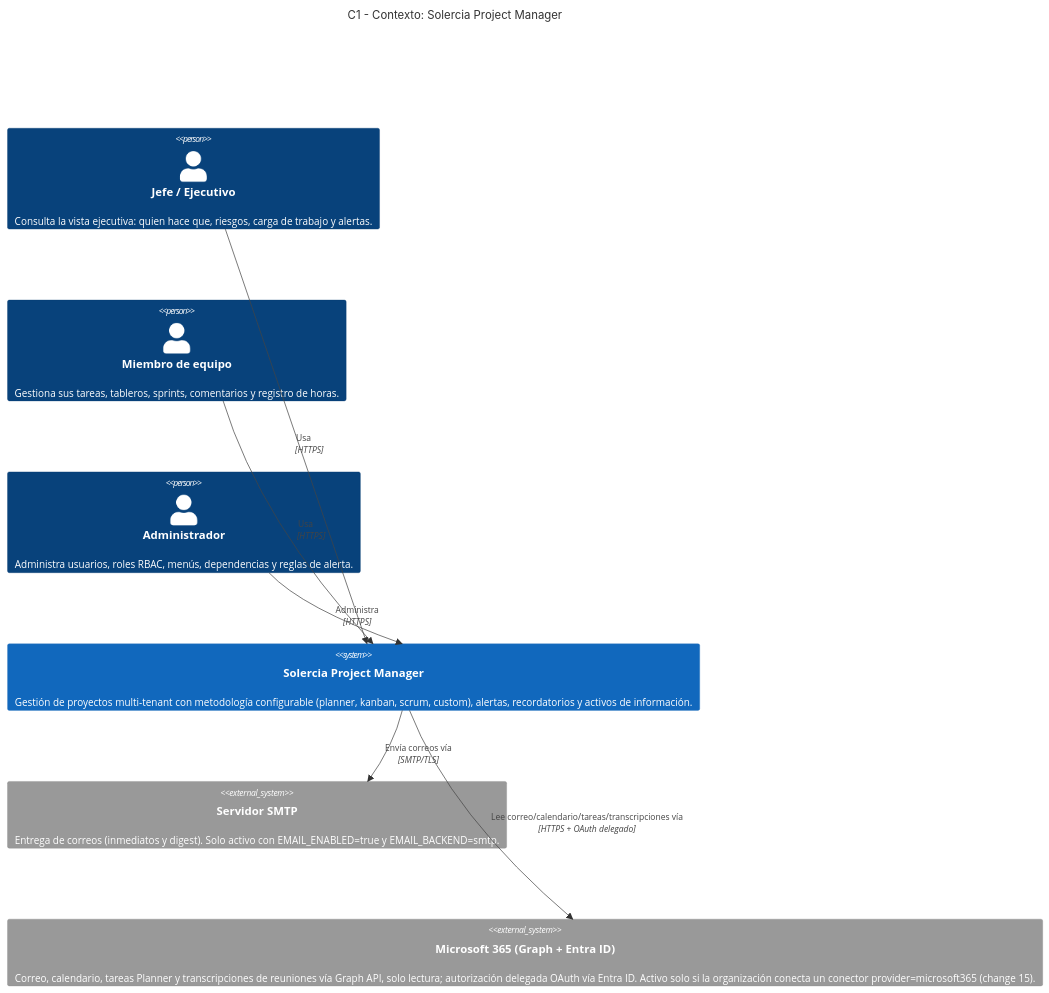
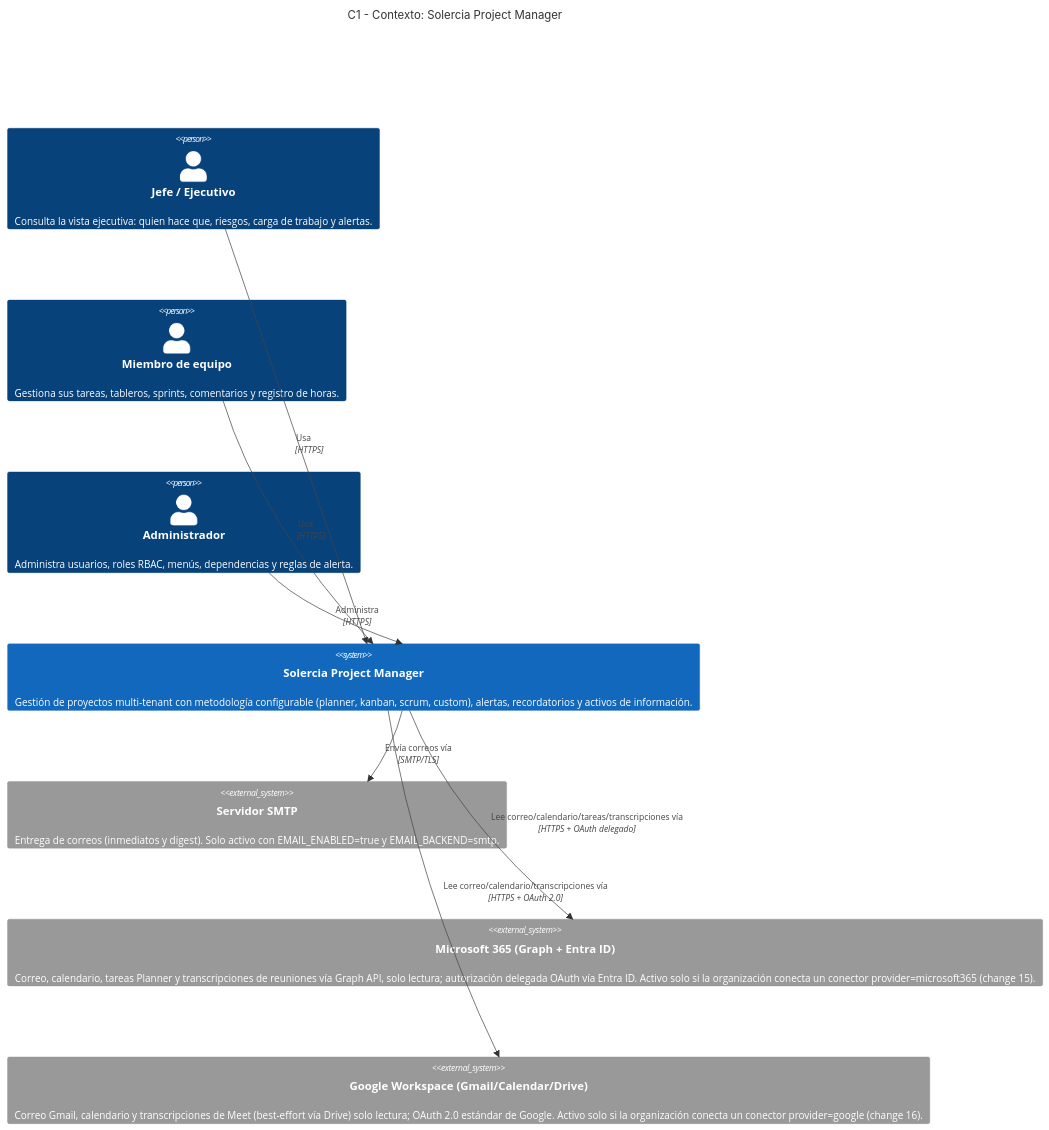
One commit to solercia-solutions/solercia-command changed the first of 3 diagrams in docs/diagrams/c4-architecture.md. Above: the diagram before and after it, drawn with Mermaid. The commit also changed other lines of this file and 5 other files, not shown here.

````diff
--- a/docs/diagrams/c4-architecture.md
+++ b/docs/diagrams/c4-architecture.md
@@ -26,19 +29,21 @@
 ```mermaid
 C4Context
     title C1 - Contexto: Solercia Project Manager
 
     Person(jefe, "Jefe / Ejecutivo", "Consulta la vista ejecutiva: quien hace que, riesgos, carga de trabajo y alertas.")
     Person(miembro, "Miembro de equipo", "Gestiona sus tareas, tableros, sprints, comentarios y registro de horas.")
     Person(admin, "Administrador", "Administra usuarios, roles RBAC, menús, dependencias y reglas de alerta.")
 
     System(spm, "Solercia Project Manager", "Gestión de proyectos multi-tenant con metodología configurable (planner, kanban, scrum, custom), alertas, recordatorios y activos de información.")
 
     System_Ext(smtp, "Servidor SMTP", "Entrega de correos (inmediatos y digest). Solo activo con EMAIL_ENABLED=true y EMAIL_BACKEND=smtp.")
     System_Ext(m365, "Microsoft 365 (Graph + Entra ID)", "Correo, calendario, tareas Planner y transcripciones de reuniones vía Graph API, solo lectura; autorización delegada OAuth vía Entra ID. Activo solo si la organización conecta un conector provider=microsoft365 (change 15).")
+    System_Ext(gws, "Google Workspace (Gmail/Calendar/Drive)", "Correo Gmail, calendario y transcripciones de Meet (best-effort vía Drive) solo lectura; OAuth 2.0 estándar de Google. Activo solo si la organización conecta un conector provider=google (change 16).")
 
     Rel(jefe, spm, "Usa", "HTTPS")
     Rel(miembro, spm, "Usa", "HTTPS")
     Rel(admin, spm, "Administra", "HTTPS")
     Rel(spm, smtp, "Envía correos vía", "SMTP/TLS")
     Rel(spm, m365, "Lee correo/calendario/tareas/transcripciones vía", "HTTPS + OAuth delegado")
+    Rel(spm, gws, "Lee correo/calendario/transcripciones vía", "HTTPS + OAuth 2.0")
 ```
````
